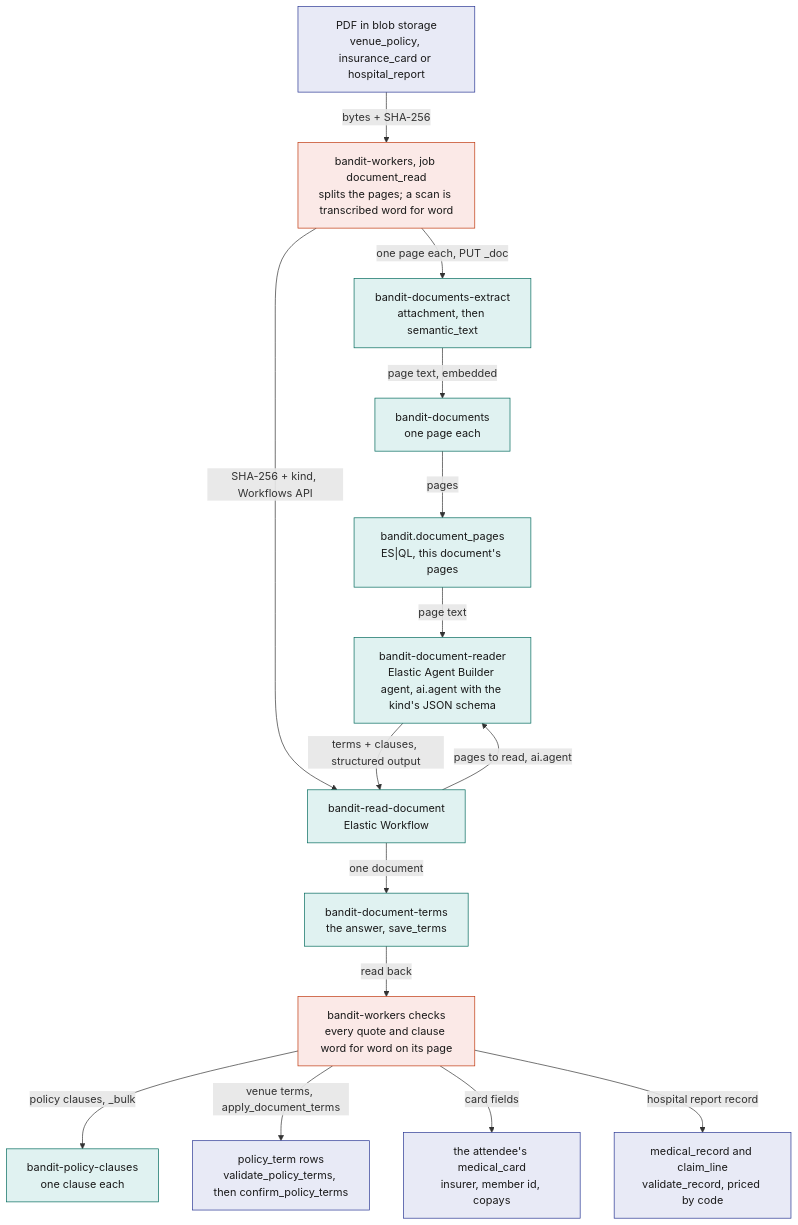
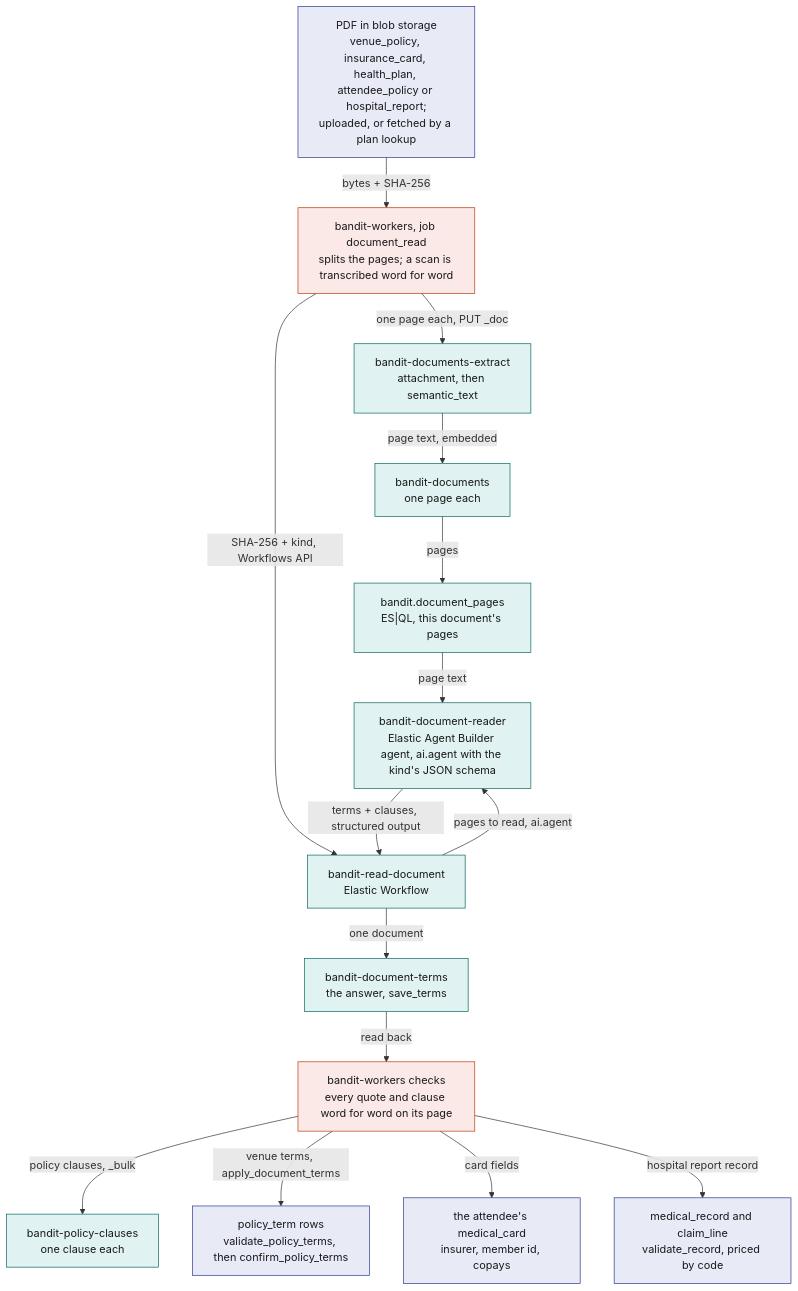
One commit to viktorinkov/cal-hacks-13 changed the eighth of 8 diagrams in System Design/7-integrations/Elastic.md. Above: the diagram before and after it, drawn with Mermaid. The commit also changed other lines of this file and 9 other files, not shown here.

Commit message:
system design: plan lookup through Bright Data

````diff
--- a/System Design/7-integrations/Elastic.md
+++ b/System Design/7-integrations/Elastic.md
@@ -679,35 +679,35 @@
 ```mermaid
 flowchart TB
   classDef rust fill:#FBE9E7,stroke:#BF360C,color:#1A1A1A
   classDef stdb fill:#E8EAF6,stroke:#283593,color:#1A1A1A
   classDef ext fill:#E0F2F1,stroke:#00695C,color:#1A1A1A
 
-  PDF["PDF in blob storage<br/>venue_policy, insurance_card or hospital_report"]:::stdb
+  PDF["PDF in blob storage<br/>venue_policy, insurance_card, health_plan, attendee_policy or hospital_report;<br/>uploaded, or fetched by a plan lookup"]:::stdb
   DR["bandit-workers, job document_read<br/>splits the pages; a scan is transcribed word for word"]:::rust
   EX["bandit-documents-extract<br/>attachment, then semantic_text"]:::ext
   DOCS["bandit-documents<br/>one page each"]:::ext
   WF["bandit-read-document<br/>Elastic Workflow"]:::ext
   AG["bandit-document-reader<br/>Elastic Agent Builder agent, ai.agent with the kind's JSON schema"]:::ext
   TL["bandit.document_pages<br/>ES|QL, this document's pages"]:::ext
   TR["bandit-document-terms<br/>the answer, save_terms"]:::ext
   CHK["bandit-workers checks<br/>every quote and clause word for word on its page"]:::rust
   CL["bandit-policy-clauses<br/>one clause each"]:::ext
   PT["policy_term rows<br/>validate_policy_terms, then confirm_policy_terms"]:::stdb
   MC["the attendee's medical_card<br/>insurer, member id, copays"]:::stdb
   MR["medical_record and claim_line<br/>validate_record, priced by code"]:::stdb
 
   PDF -->|"bytes + SHA-256"| DR
   DR -->|"one page each, PUT _doc"| EX
   EX -->|"page text, embedded"| DOCS
   DR -->|"SHA-256 + kind, Workflows API"| WF
   WF -->|"pages to read, ai.agent"| AG
   DOCS -->|"pages"| TL
   TL -->|"page text"| AG
   AG -->|"terms + clauses, structured output"| WF
   WF -->|"one document"| TR
   TR -->|"read back"| CHK
   CHK -->|"policy clauses, _bulk"| CL
   CHK -->|"venue terms, apply_document_terms"| PT
   CHK -->|"card fields"| MC
   CHK -->|"hospital report record"| MR
 ```
````
